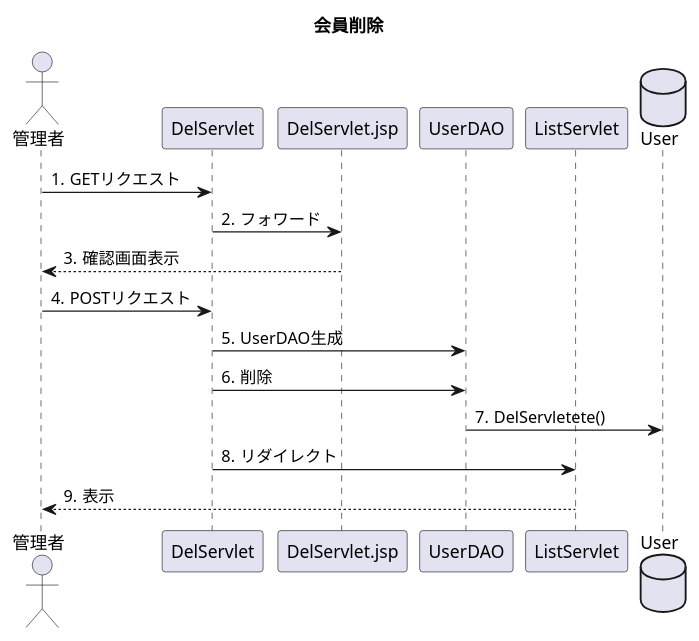
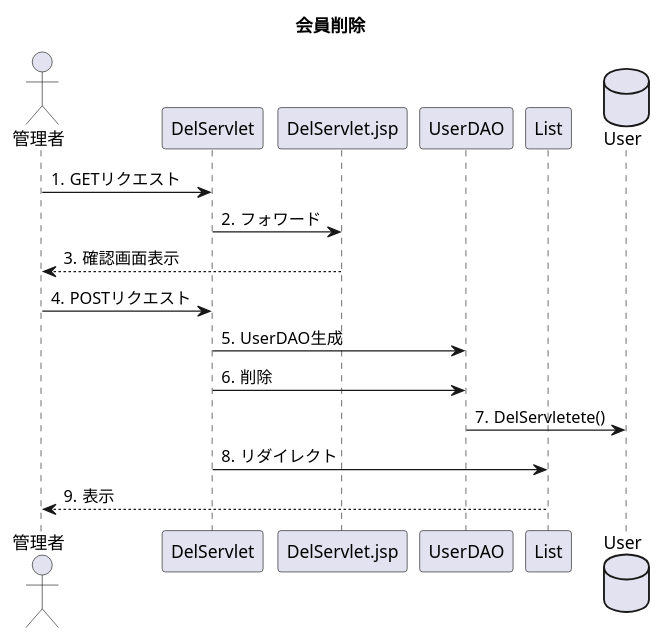
One commit to toufu66/ProjectC changed the diagram in uml_detail/seq_del.pu. Above: the diagram before and after it, drawn with PlantUML.

```diff
--- a/uml_detail/seq_del.pu
+++ b/uml_detail/seq_del.pu
@@ -1,19 +1,19 @@
 @startuml
 title 会員削除
 autonumber "#."
 actor 管理者
 database User
 
 
 管理者 ->DelServlet:GETリクエスト
 DelServlet -> DelServlet.jsp:フォワード
 DelServlet.jsp --> 管理者:確認画面表示
 管理者 -> DelServlet:POSTリクエスト
 
 DelServlet -> UserDAO:UserDAO生成
 DelServlet -> UserDAO:削除
 UserDAO -> User:DelServletete()
-DelServlet-> ListServlet:リダイレクト
-ListServlet --> 管理者:表示
+DelServlet-> List:リダイレクト
+List --> 管理者:表示
 database User
 @enduml
```
